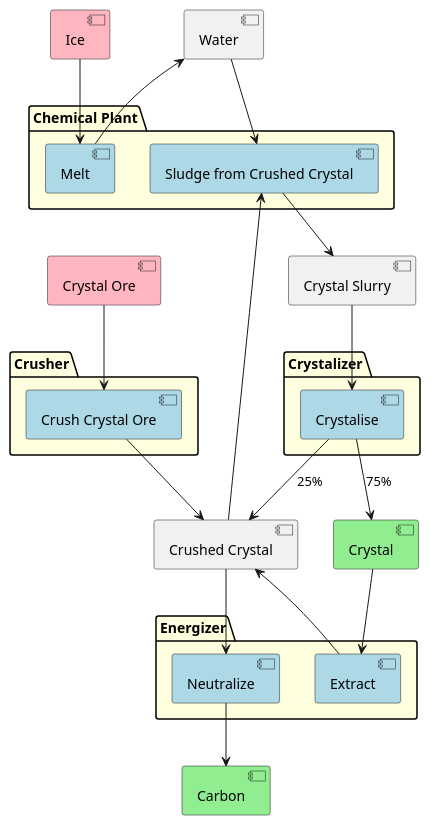
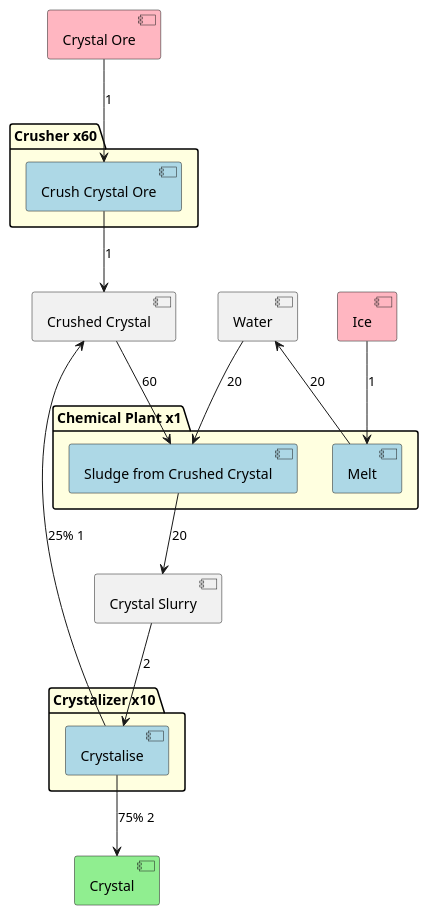
Before and after one commit to Thomas-De-Praetere/CrystalMod: the diagram in Documentation/CrystalFlow.puml, drawn with PlantUML. The commit also changed 10 other files, not shown here.

```diff
--- a/Documentation/CrystalFlow.puml
+++ b/Documentation/CrystalFlow.puml
@@ -1,53 +1,44 @@
 @startuml
 
 hide methods
 hide fields
 hide circle
 
 [Crystal Ore] as CO #lightpink
 [Crushed Crystal] as CCr
 [Crystal Slurry] as CS
 [Ice] as I #lightpink
 [Water] as W
 
 [Crystal] as C #lightgreen
-[Carbon] as Ca #lightgreen
 
-package "Chemical Plant" #lightyellow {
+package "Chemical Plant x1" #lightyellow {
 [Sludge from Crushed Crystal] as SCS #lightblue
 [Melt] as Me #lightblue
 }
 
-package Crusher #lightyellow {
+package "Crusher x60" #lightyellow {
 [Crush Crystal Ore] as Cr #lightblue
 }
 
-package Crystalizer #lightyellow {
+package "Crystalizer x10" #lightyellow {
 [Crystalise] as CCF #lightblue
 }
 
-package Energizer #lightyellow {
-[Neutralize] as NCr #lightblue
-[Extract] as DE #lightblue
-}
 
+CO --> Cr : 1
+Cr --> CCr : 1
+CCr --> SCS : 60
+I --> Me : 1
+Me --> W : 20
+W --> SCS : 20
+SCS --> CS : 20
+CS --> CCF : 2
+CCF --> C : 75% 2
+CCF --> CCr : 25% 1
 
-CO --> Cr
-Cr --> CCr
-CCr --> SCS
-I --> Me
-Me --> W
-W --> SCS
-SCS --> CS
-CS --> CCF
-CCr --> NCr
-NCr  --> Ca
-CCF --> C : 75%
-CCF --> CCr : 25%
-C --> DE
-DE --> CCr
 
 
 
 
 @enduml
```
